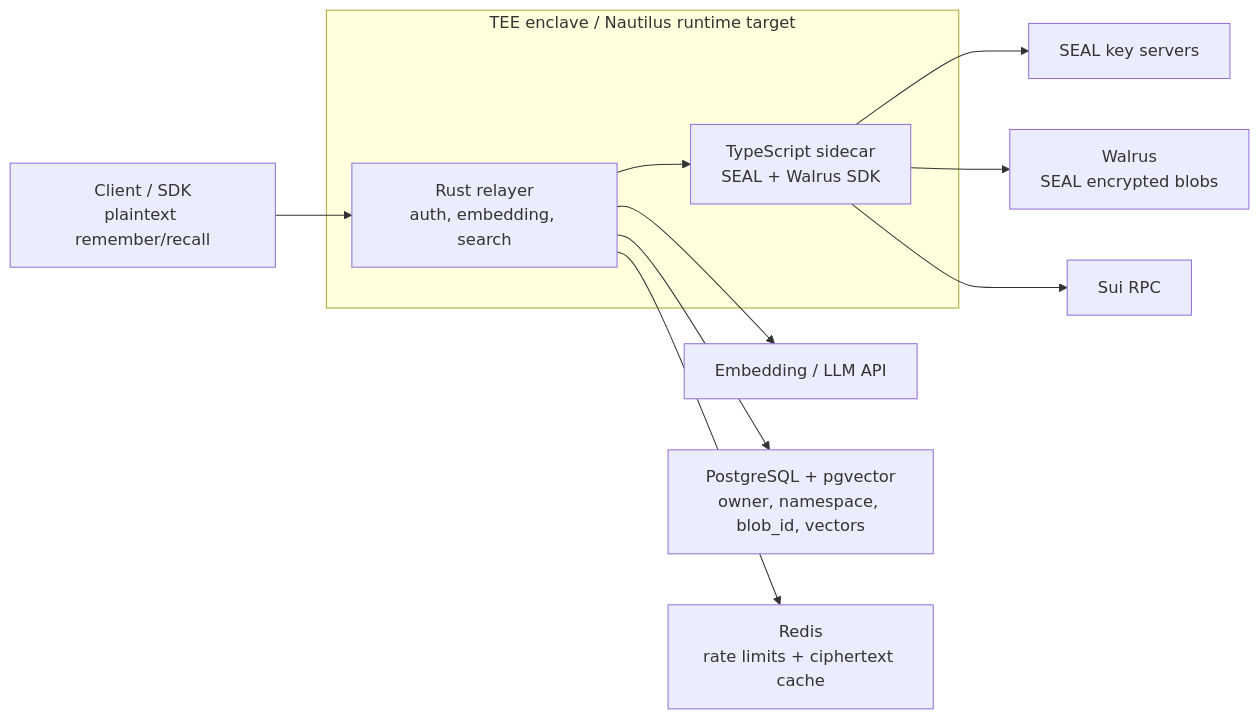
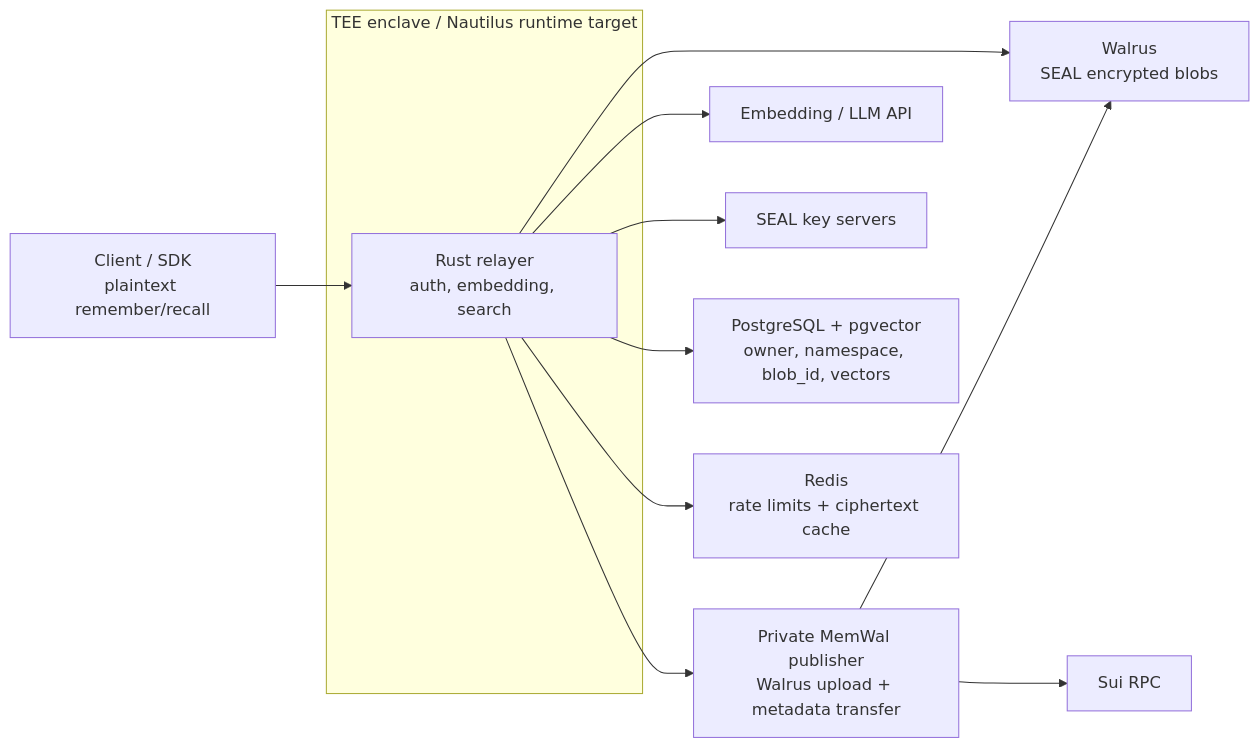
Before and after one commit to MystenLabs/MemWal: the diagram in docs/relayer/nautilus-tee.md, drawn with Mermaid. The commit also changed other lines of this file and 88 other files, not shown here.

Commit message:
Move relayer to Rust-only publisher flow

````diff
--- a/docs/relayer/nautilus-tee.md
+++ b/docs/relayer/nautilus-tee.md
@@ -44,25 +44,26 @@
 ```mermaid
 flowchart LR
     Client["Client / SDK<br/>plaintext remember/recall"]
 
     subgraph TEE["TEE enclave / Nautilus runtime target"]
         Relayer["Rust relayer<br/>auth, embedding, search"]
-        Sidecar["TypeScript sidecar<br/>SEAL + Walrus SDK"]
     end
 
+    Publisher["Private MemWal publisher<br/>Walrus upload + metadata transfer"]
     AI["Embedding / LLM API"]
     Seal["SEAL key servers"]
     Walrus["Walrus<br/>SEAL encrypted blobs"]
     Postgres["PostgreSQL + pgvector<br/>owner, namespace, blob_id, vectors"]
     Redis["Redis<br/>rate limits + ciphertext cache"]
     Sui["Sui RPC"]
 
     Client --> Relayer
     Relayer --> AI
     Relayer --> Postgres
     Relayer --> Redis
-    Relayer --> Sidecar
-    Sidecar --> Seal
-    Sidecar --> Walrus
-    Sidecar --> Sui
+    Relayer --> Seal
+    Relayer --> Publisher
+    Publisher --> Walrus
+    Publisher --> Sui
+    Relayer --> Walrus
 ```
````
